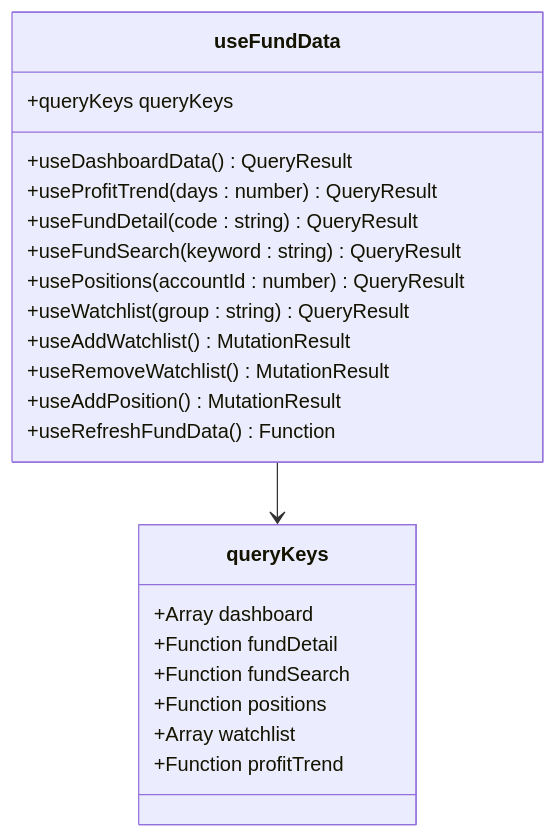
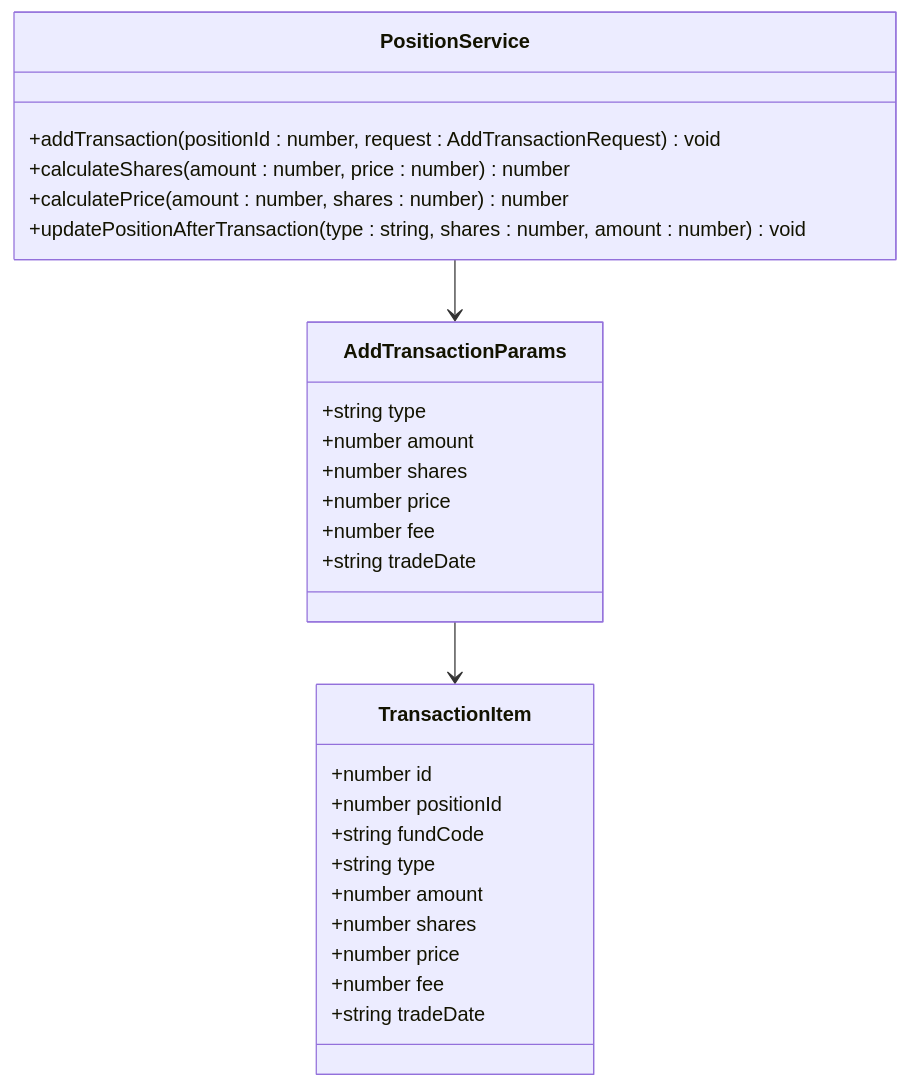
The sixth of 21 diagrams in .qoder/repowiki/zh/content/核心功能开发/前端投资组合管理增强.md (gree-coder/fund-butler), drawn with Mermaid before and after one commit. The commit also changed other lines of this file and 15 other files, not shown here.

````diff
--- a/.qoder/repowiki/zh/content/核心功能开发/前端投资组合管理增强.md
+++ b/.qoder/repowiki/zh/content/核心功能开发/前端投资组合管理增强.md
@@ -315,25 +373,30 @@
 ```mermaid
 classDiagram
-class useFundData {
-+queryKeys queryKeys
-+useDashboardData() QueryResult
-+useProfitTrend(days : number) QueryResult
-+useFundDetail(code : string) QueryResult
-+useFundSearch(keyword : string) QueryResult
-+usePositions(accountId : number) QueryResult
-+useWatchlist(group : string) QueryResult
-+useAddWatchlist() MutationResult
-+useRemoveWatchlist() MutationResult
-+useAddPosition() MutationResult
-+useRefreshFundData() Function
+class AddTransactionParams {
++string type
++number amount
++number shares
++number price
++number fee
++string tradeDate
 }
-class queryKeys {
-+Array dashboard
-+Function fundDetail
-+Function fundSearch
-+Function positions
-+Array watchlist
-+Function profitTrend
+class TransactionItem {
++number id
++number positionId
++string fundCode
++string type
++number amount
++number shares
++number price
++number fee
++string tradeDate
 }
-useFundData --> queryKeys
+class PositionService {
++addTransaction(positionId : number, request : AddTransactionRequest) void
++calculateShares(amount : number, price : number) number
++calculatePrice(amount : number, shares : number) number
++updatePositionAfterTransaction(type : string, shares : number, amount : number) void
+}
+AddTransactionParams --> TransactionItem
+PositionService --> AddTransactionParams
 ```
````
